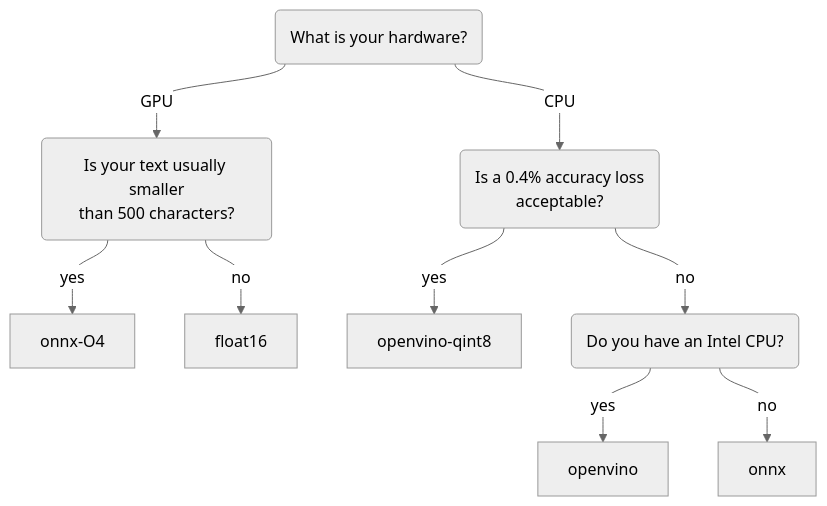
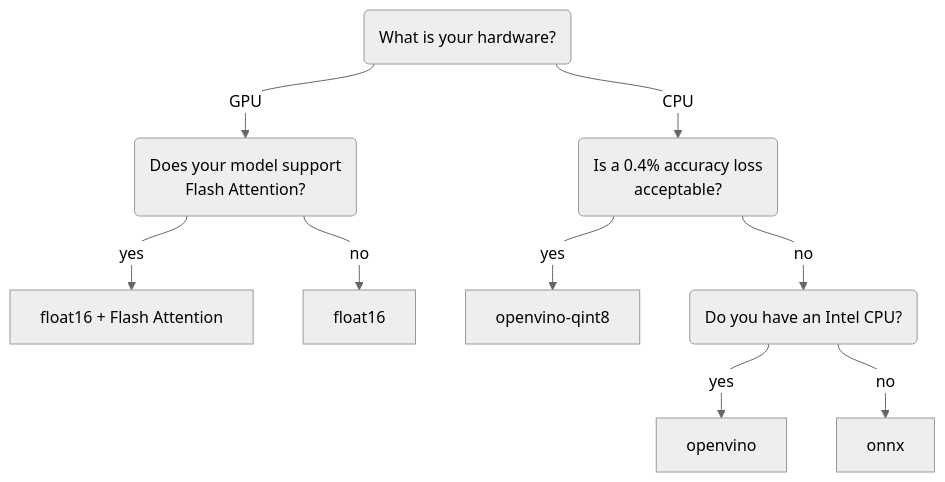
Before and after one commit to huggingface/sentence-transformers: the diagram in docs/sentence_transformer/usage/efficiency.rst, drawn with Mermaid. The commit also changed other lines of this file and 11 other files, not shown here.

```diff
--- a/docs/sentence_transformer/usage/efficiency.rst
+++ b/docs/sentence_transformer/usage/efficiency.rst
@@ -662,22 +673,22 @@
 .. mermaid::
    
    %%{init: {
       "theme": "neutral",
       "flowchart": {
          "curve": "bumpY"
       }
    }}%%
    graph TD
-   A(What is your hardware?) -->|GPU| B(Is your text usually smaller<br>than 500 characters?)
-   A -->|CPU| C(Is a 0.4% accuracy loss<br>acceptable?)
-   B -->|yes| D[onnx-O4]
+   A("What is your hardware?") -->|GPU| B("Does your model support<br>Flash Attention?")
+   A -->|CPU| C("Is a 0.4% accuracy loss<br>acceptable?")
+   B -->|yes| K["float16 + Flash Attention"]
    B -->|no| F[float16]
    C -->|yes| G[openvino-qint8]
-   C -->|no| H(Do you have an Intel CPU?)
+   C -->|no| H("Do you have an Intel CPU?")
    H -->|yes| I[openvino]
    H -->|no| J[onnx]
-   click D "#optimizing-onnx-models"
+   click K "#pytorch"
    click F "#pytorch"
    click G "#quantizing-openvino-models"
    click I "#openvino"
    click J "#onnx"
```
